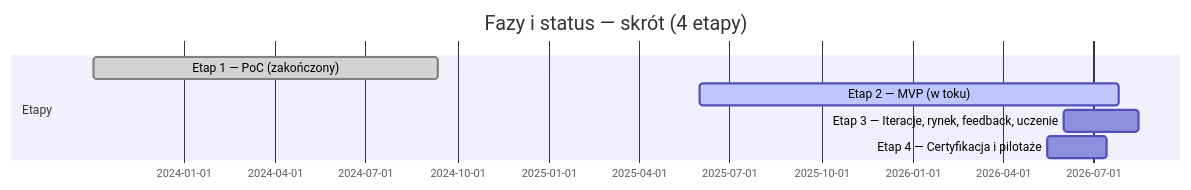
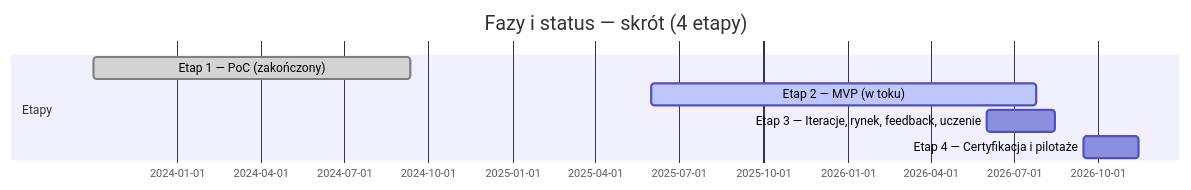
The first of 3 diagrams in README.md (TanskiSzymon/food-printer), drawn with Mermaid before and after one commit.

````diff
--- a/README.md
+++ b/README.md
@@ -24,10 +24,10 @@
 ```mermaid
 gantt
   title Fazy i status — skrót (4 etapy)
   dateFormat YYYY-MM-DD
   section Etapy
   Etap 1 — PoC (zakończony)                    :done,    poc1, 2023-10-02, 2024-09-11
   Etap 2 — MVP (w toku)                        :active,  mvp2, 2025-06-01, 420d
   Etap 3 — Iteracje, rynek, feedback, uczenie  :         it3,  2026-06-01, 75d
-  Etap 4 — Certyfikacja i pilotaże             :         cer4, 2026-05-15, 60d
+  Etap 4 — Certyfikacja i pilotaże             :         cer4, 2026-09-15, 60d
 ```
````
